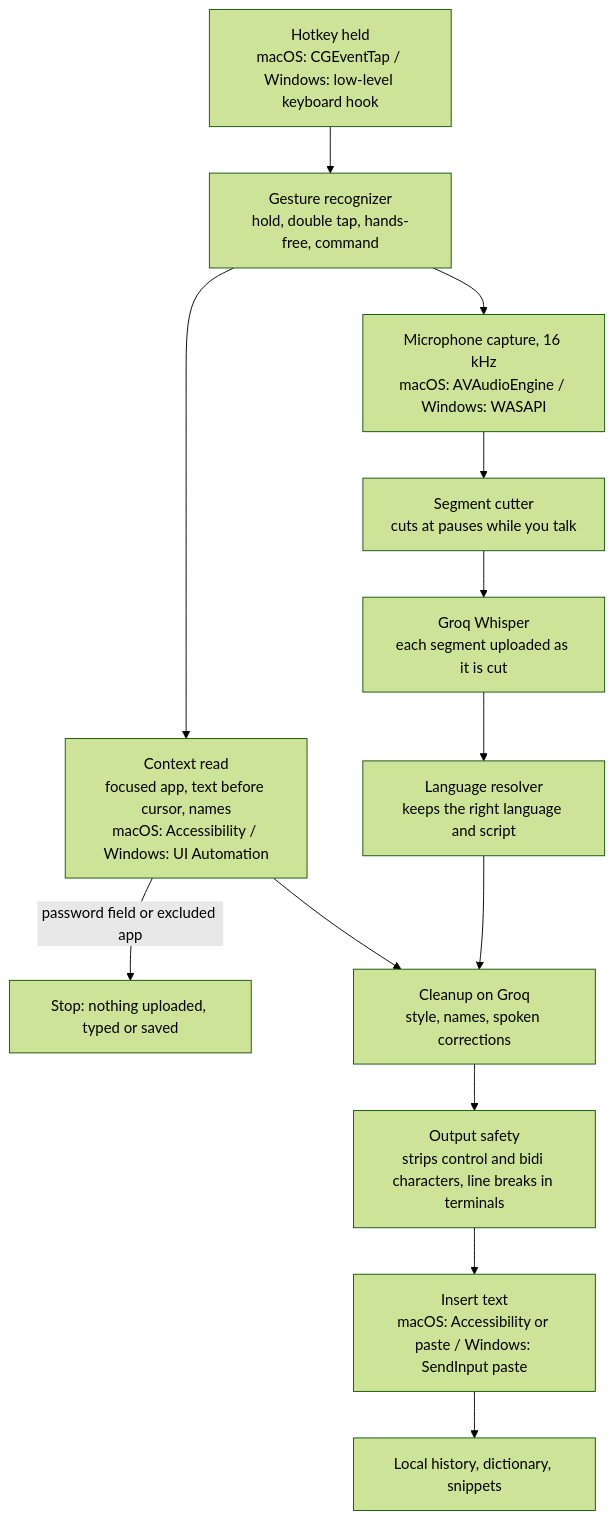
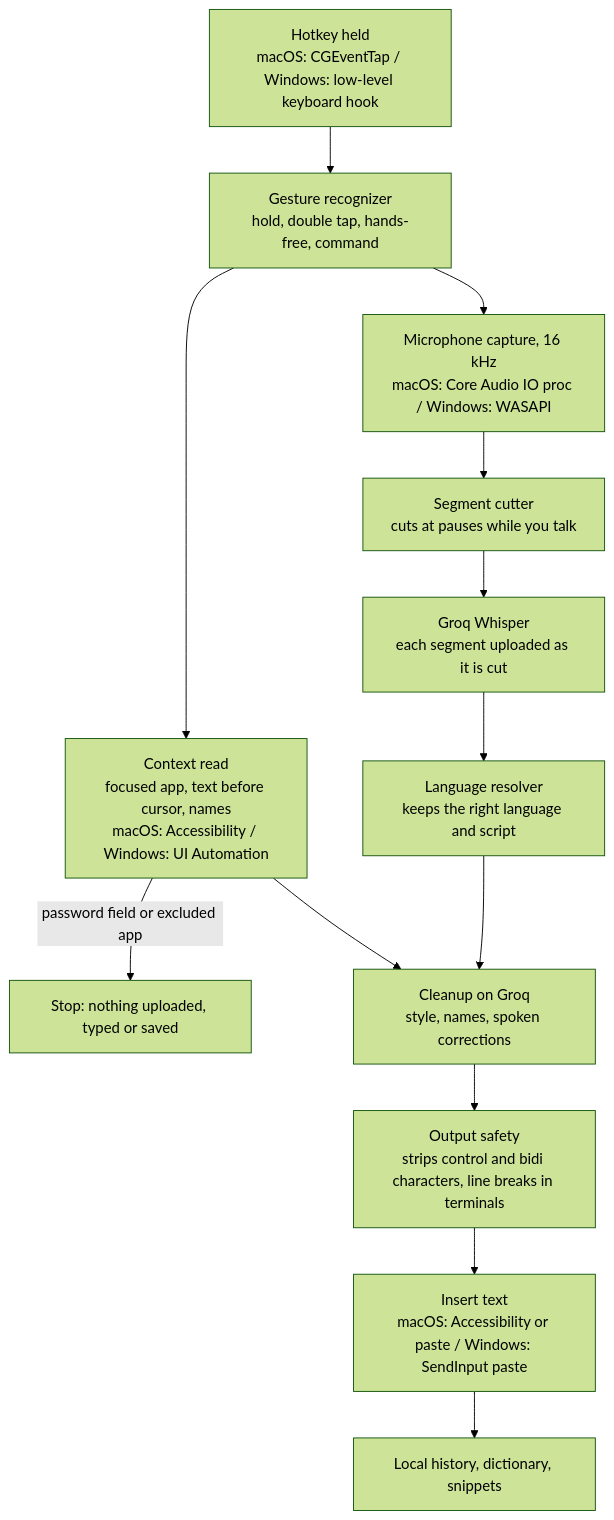
The diagram in docs/ARCHITECTURE.md (saideepreddy7781/voiceflow), drawn with Mermaid (forest theme) before and after one commit. The commit also changed other lines of this file and 18 other files, not shown here.

````diff
--- a/docs/ARCHITECTURE.md
+++ b/docs/ARCHITECTURE.md
@@ -15,15 +15,15 @@
 ```mermaid
 flowchart TD
     A["Hotkey held<br/>macOS: CGEventTap / Windows: low-level keyboard hook"] --> B["Gesture recognizer<br/>hold, double tap, hands-free, command"]
-    B --> C["Microphone capture, 16 kHz<br/>macOS: AVAudioEngine / Windows: WASAPI"]
+    B --> C["Microphone capture, 16 kHz<br/>macOS: Core Audio IO proc / Windows: WASAPI"]
     B --> D["Context read<br/>focused app, text before cursor, names<br/>macOS: Accessibility / Windows: UI Automation"]
     D -->|password field or excluded app| X["Stop: nothing uploaded, typed or saved"]
     C --> E["Segment cutter<br/>cuts at pauses while you talk"]
     E --> F["Groq Whisper<br/>each segment uploaded as it is cut"]
     F --> G["Language resolver<br/>keeps the right language and script"]
     G --> H["Cleanup on Groq<br/>style, names, spoken corrections"]
     D --> H
     H --> I["Output safety<br/>strips control and bidi characters, line breaks in terminals"]
     I --> J["Insert text<br/>macOS: Accessibility or paste / Windows: SendInput paste"]
     J --> K["Local history, dictionary, snippets"]
 ```
````
